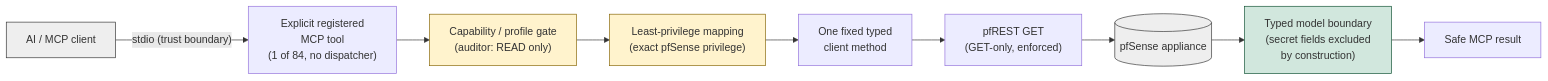
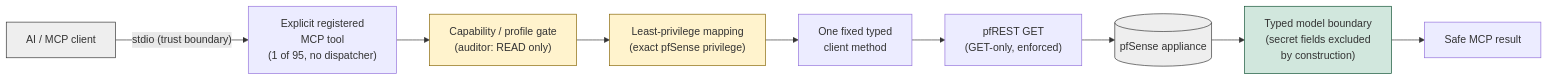
One commit to night4me/pfsense-mcp-server changed the eighth of 10 diagrams in docs/ARCHITECTURE_DIAGRAMS.md. Above: the diagram before and after it, drawn with Mermaid. The commit also changed other lines of this file and 15 other files, not shown here.

````diff
--- a/docs/ARCHITECTURE_DIAGRAMS.md
+++ b/docs/ARCHITECTURE_DIAGRAMS.md
@@ -178,17 +178,17 @@
 ```mermaid
 flowchart LR
-    A["AI / MCP client"] -->|"stdio (trust boundary)"| B["Explicit registered<br/>MCP tool<br/>(1 of 84, no dispatcher)"]
+    A["AI / MCP client"] -->|"stdio (trust boundary)"| B["Explicit registered<br/>MCP tool<br/>(1 of 95, no dispatcher)"]
     B --> C["Capability / profile gate<br/>(auditor: READ only)"]
     C --> D["Least-privilege mapping<br/>(exact pfSense privilege)"]
     D --> E["One fixed typed<br/>client method"]
     E --> F["pfREST GET<br/>(GET-only, enforced)"]
     F --> G[("pfSense appliance")]
     G --> H["Typed model boundary<br/>(secret fields excluded<br/>by construction)"]
     H --> I["Safe MCP result"]
 
     style A fill:#eee,stroke:#333
     style G fill:#eee,stroke:#333
     style C fill:#fff3cd,stroke:#856404
     style D fill:#fff3cd,stroke:#856404
     style H fill:#d1e7dd,stroke:#0f5132
 ```
````
